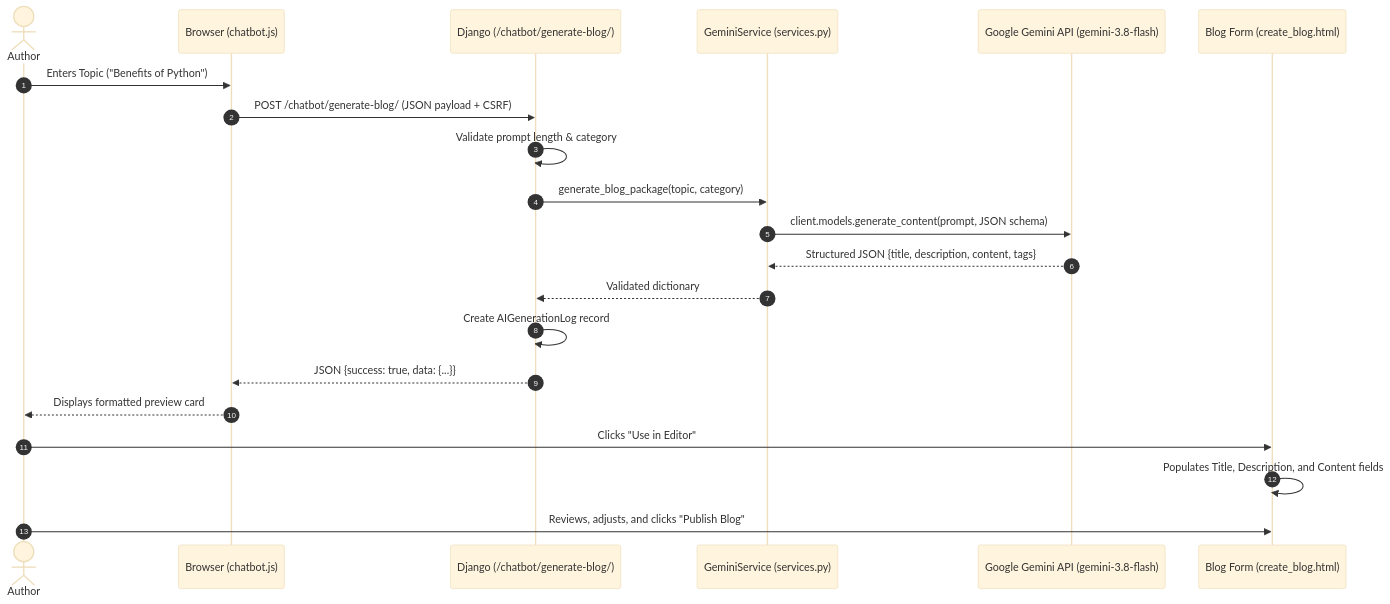
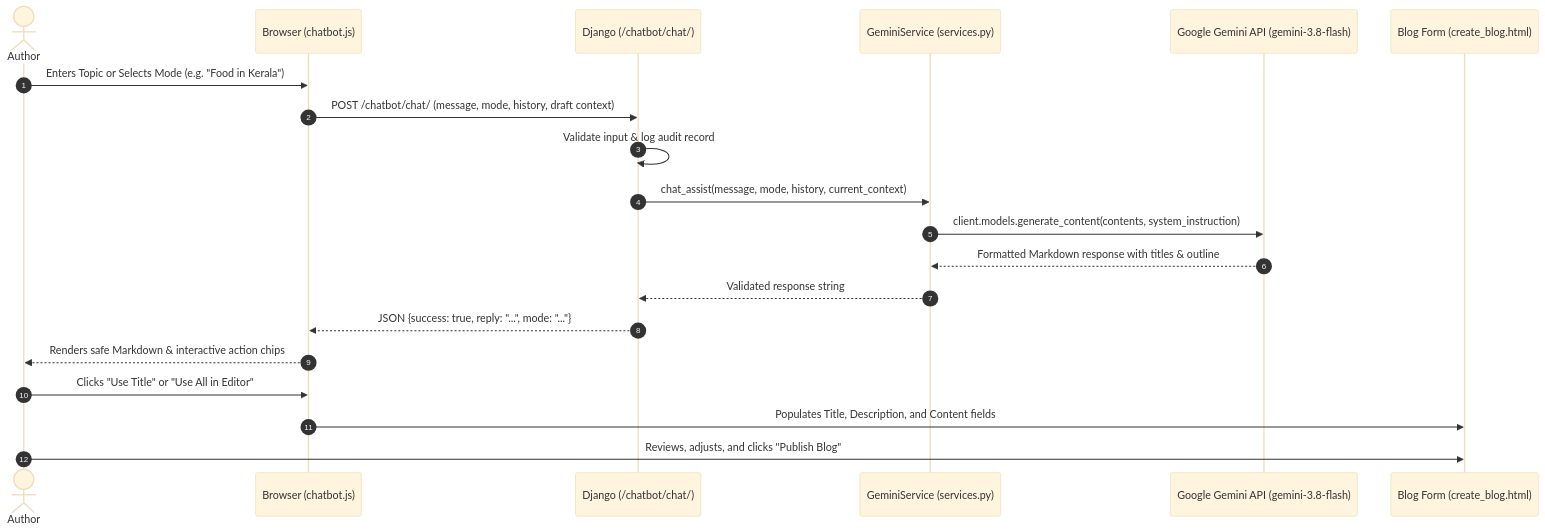
Before and after one commit to Akhilesh-4753/INKSPACE: the second of 2 diagrams in PROJECT_OVERVIEW.md, drawn with Mermaid (base theme). The commit also changed other lines of this file and 10 other files, not shown here.

````diff
--- a/PROJECT_OVERVIEW.md
+++ b/PROJECT_OVERVIEW.md
@@ -257,24 +272,23 @@
 ```mermaid
 sequenceDiagram
     autonumber
     actor Writer as Author
     participant Browser as Browser (chatbot.js)
-    participant Django as Django (/chatbot/generate-blog/)
+    participant Django as Django (/chatbot/chat/)
     participant Service as GeminiService (services.py)
     participant Gemini as Google Gemini API (gemini-3.8-flash)
     participant Editor as Blog Form (create_blog.html)
 
-    Writer->>Browser: Enters Topic ("Benefits of Python")
-    Browser->>Django: POST /chatbot/generate-blog/ (JSON payload + CSRF)
-    Django->>Django: Validate prompt length & category
-    Django->>Service: generate_blog_package(topic, category)
-    Service->>Gemini: client.models.generate_content(prompt, JSON schema)
-    Gemini-->>Service: Structured JSON {title, description, content, tags}
-    Service-->>Django: Validated dictionary
-    Django->>Django: Create AIGenerationLog record
-    Django-->>Browser: JSON {success: true, data: {...}}
-    Browser-->>Writer: Displays formatted preview card
-    Writer->>Editor: Clicks "Use in Editor"
-    Editor->>Editor: Populates Title, Description, and Content fields
+    Writer->>Browser: Enters Topic or Selects Mode (e.g. "Food in Kerala")
+    Browser->>Django: POST /chatbot/chat/ (message, mode, history, draft context)
+    Django->>Django: Validate input & log audit record
+    Django->>Service: chat_assist(message, mode, history, current_context)
+    Service->>Gemini: client.models.generate_content(contents, system_instruction)
+    Gemini-->>Service: Formatted Markdown response with titles & outline
+    Service-->>Django: Validated response string
+    Django-->>Browser: JSON {success: true, reply: "...", mode: "..."}
+    Browser-->>Writer: Renders safe Markdown & interactive action chips
+    Writer->>Browser: Clicks "Use Title" or "Use All in Editor"
+    Browser->>Editor: Populates Title, Description, and Content fields
     Writer->>Editor: Reviews, adjusts, and clicks "Publish Blog"
 ```
````
